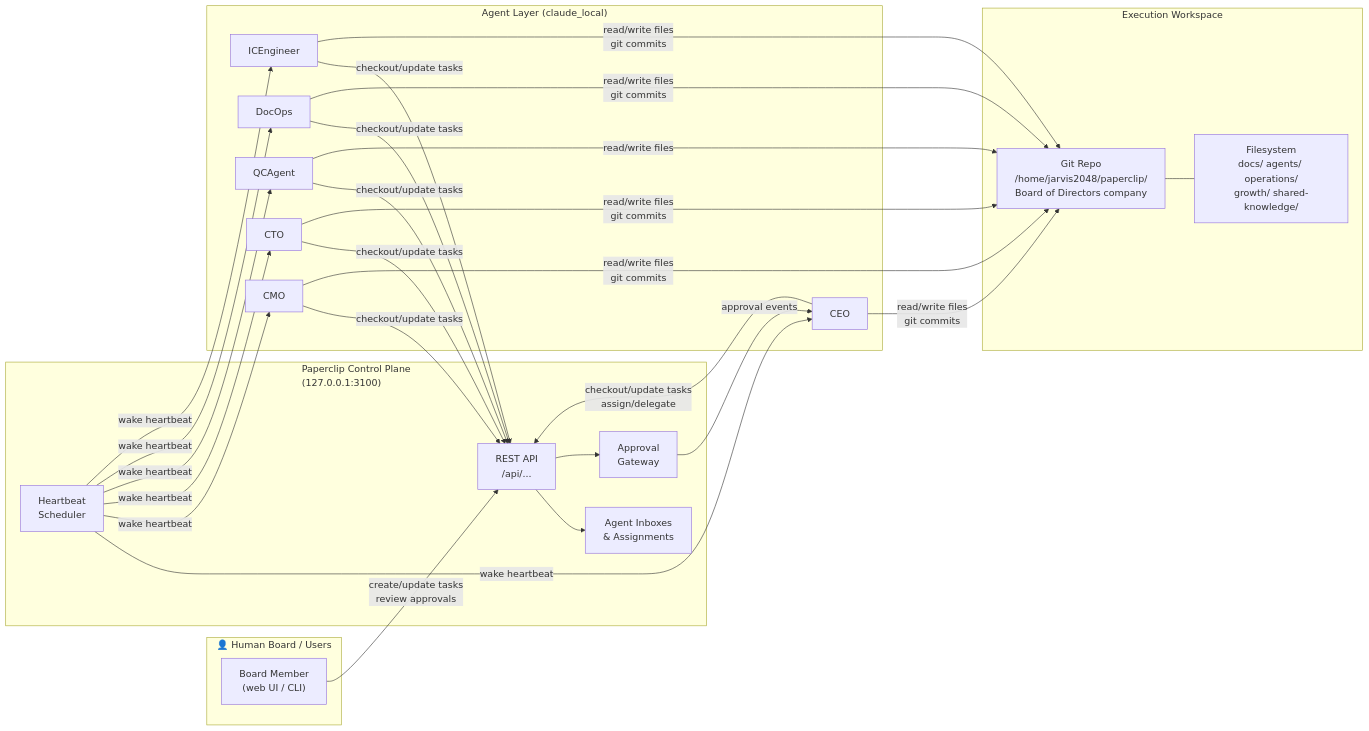
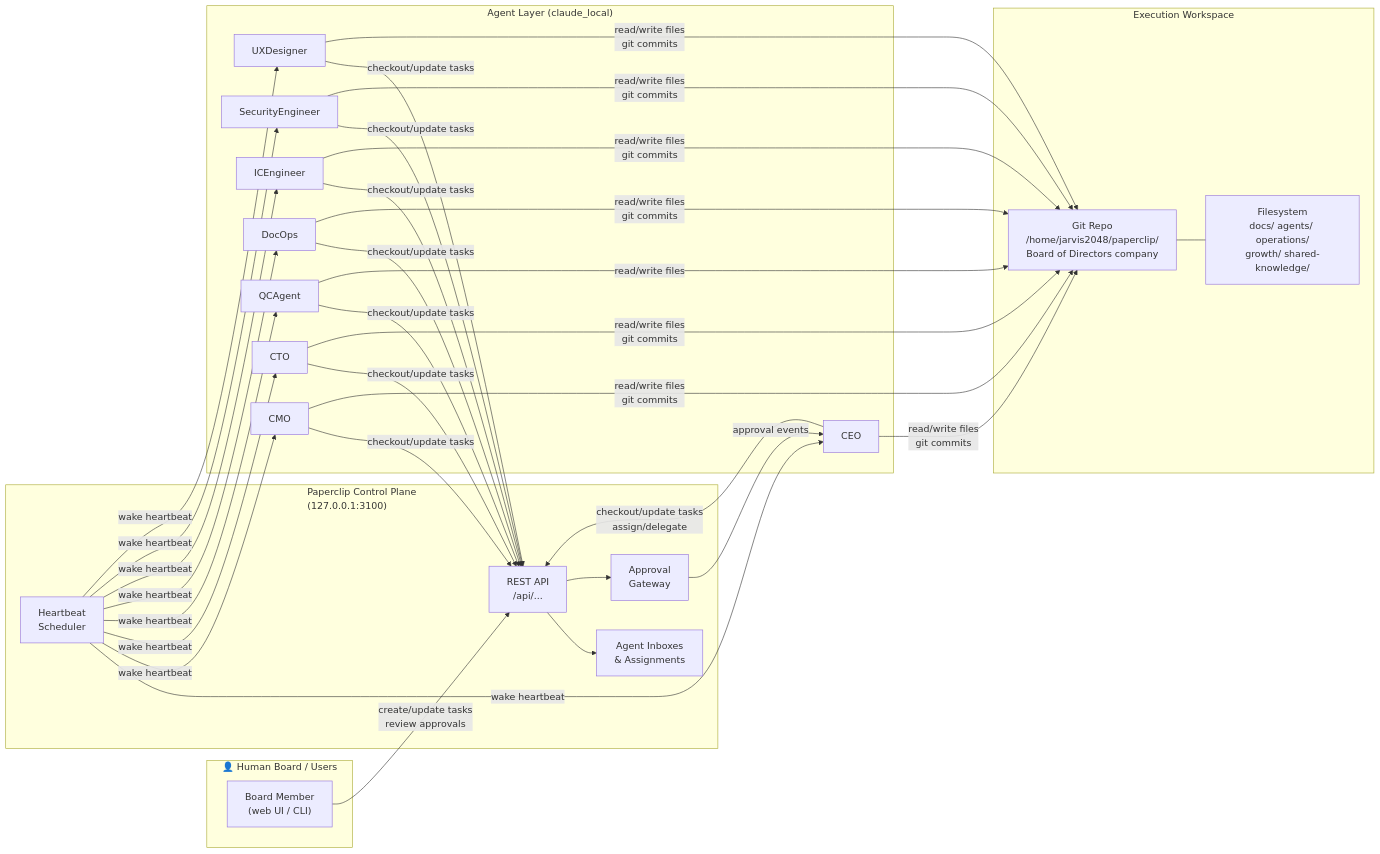
The second of 2 diagrams in docs/architecture/system-architecture.md (Juarez-labs/board-of-directors-company), drawn with Mermaid before and after one commit. The commit also changed other lines of this file and 1 other file, not shown here.

First line of the commit message:
docs(architecture): add SecurityEngineer and UXDesigner to agent roster and diagrams [BOAA-166]

````diff
--- a/docs/architecture/system-architecture.md
+++ b/docs/architecture/system-architecture.md
@@ -70,55 +80,63 @@
 ```mermaid
 graph LR
     subgraph BOARD["👤 Human Board / Users"]
         USER["Board Member\n(web UI / CLI)"]
     end
 
     subgraph CONTROL["Paperclip Control Plane\n(127.0.0.1:3100)"]
         API["REST API\n/api/..."]
         SCHED["Heartbeat\nScheduler"]
         INBOX["Agent Inboxes\n& Assignments"]
         APPROVAL["Approval\nGateway"]
     end
 
     subgraph AGENTS["Agent Layer (claude_local)"]
         CEO_A["CEO"]
         CMO_A["CMO"]
         CTO_A["CTO"]
         QCA_A["QCAgent"]
         DOC_A["DocOps"]
         ICE_A["ICEngineer"]
+        SEC_A["SecurityEngineer"]
+        UXD_A["UXDesigner"]
     end
 
     subgraph WORKSPACE["Execution Workspace"]
         REPO["Git Repo\n/home/jarvis2048/paperclip/\nBoard of Directors company"]
         FS["Filesystem\ndocs/ agents/ operations/\ngrowth/ shared-knowledge/"]
     end
 
     USER -- "create/update tasks\nreview approvals" --> API
     API --> INBOX
     SCHED -- "wake heartbeat" --> CEO_A
     SCHED -- "wake heartbeat" --> CMO_A
     SCHED -- "wake heartbeat" --> CTO_A
     SCHED -- "wake heartbeat" --> QCA_A
     SCHED -- "wake heartbeat" --> DOC_A
     SCHED -- "wake heartbeat" --> ICE_A
+    SCHED -- "wake heartbeat" --> SEC_A
+    SCHED -- "wake heartbeat" --> UXD_A
 
     CEO_A -- "checkout/update tasks\nassign/delegate" --> API
     CMO_A -- "checkout/update tasks" --> API
     CTO_A -- "checkout/update tasks" --> API
     QCA_A -- "checkout/update tasks" --> API
     DOC_A -- "checkout/update tasks" --> API
     ICE_A -- "checkout/update tasks" --> API
+    SEC_A -- "checkout/update tasks" --> API
+    UXD_A -- "checkout/update tasks" --> API
 
     API --> APPROVAL
     APPROVAL -- "approval events" --> CEO_A
 
     CEO_A -- "read/write files\ngit commits" --> REPO
     CMO_A -- "read/write files\ngit commits" --> REPO
     CTO_A -- "read/write files\ngit commits" --> REPO
     DOC_A -- "read/write files\ngit commits" --> REPO
     ICE_A -- "read/write files\ngit commits" --> REPO
     QCA_A -- "read/write files" --> REPO
+    SEC_A -- "read/write files\ngit commits" --> REPO
+    UXD_A -- "read/write files\ngit commits" --> REPO
 
     REPO --- FS
 ```
````
